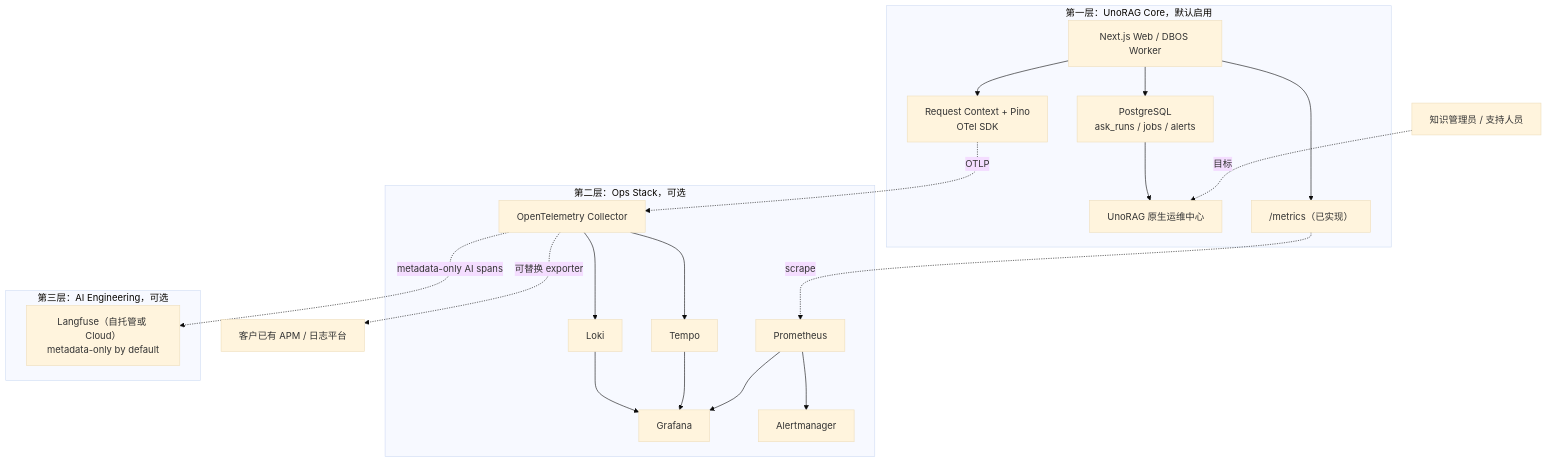
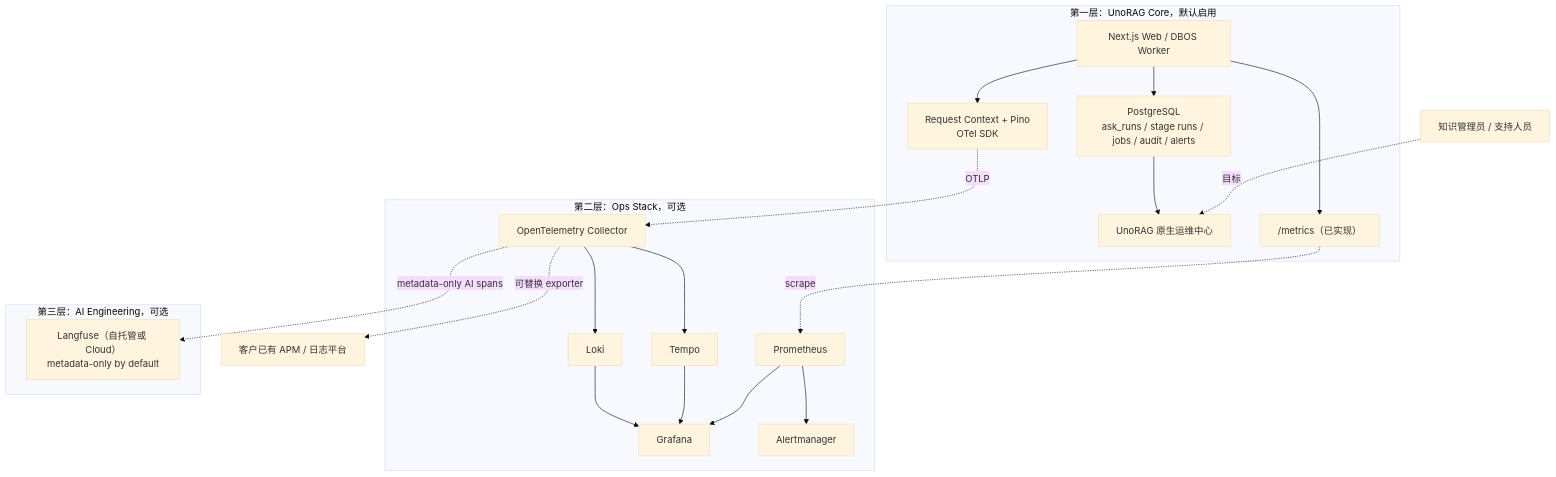
The diagram in docs/design/observability.md (codexlin/UnoRAG), drawn with Mermaid (base theme) before and after one commit. The commit also changed other lines of this file and 15 other files, not shown here.

````diff
--- a/docs/design/observability.md
+++ b/docs/design/observability.md
@@ -54,39 +55,39 @@
 ```mermaid
 flowchart TB
     User["知识管理员 / 支持人员"] -. "目标" .-> Native["UnoRAG 原生运维中心"]
 
     subgraph Core["第一层：UnoRAG Core，默认启用"]
         App["Next.js Web / DBOS Worker"]
         Context["Request Context + Pino\nOTel SDK"]
-        DB["PostgreSQL\nask_runs / jobs / alerts"]
+        DB["PostgreSQL\nask_runs / stage runs / jobs / audit / alerts"]
         Metrics["/metrics（已实现）"]
         App --> Context
         App --> DB
         App --> Metrics
         DB --> Native
     end
 
     subgraph Ops["第二层：Ops Stack，可选"]
         Collector["OpenTelemetry Collector"]
         Prom["Prometheus"]
         Grafana["Grafana"]
         Tempo["Tempo"]
         Loki["Loki"]
         Alerts["Alertmanager"]
         Collector --> Tempo
         Collector --> Loki
         Prom --> Grafana
         Tempo --> Grafana
         Loki --> Grafana
         Prom --> Alerts
     end
 
     subgraph AI["第三层：AI Engineering，可选"]
         Langfuse["Langfuse（自托管或 Cloud）\nmetadata-only by default"]
     end
 
     Context -. "OTLP" .-> Collector
     Metrics -. "scrape" .-> Prom
     Collector -. "metadata-only AI spans" .-> Langfuse
     Collector -. "可替换 exporter" .-> Existing["客户已有 APM / 日志平台"]
 ```
````
